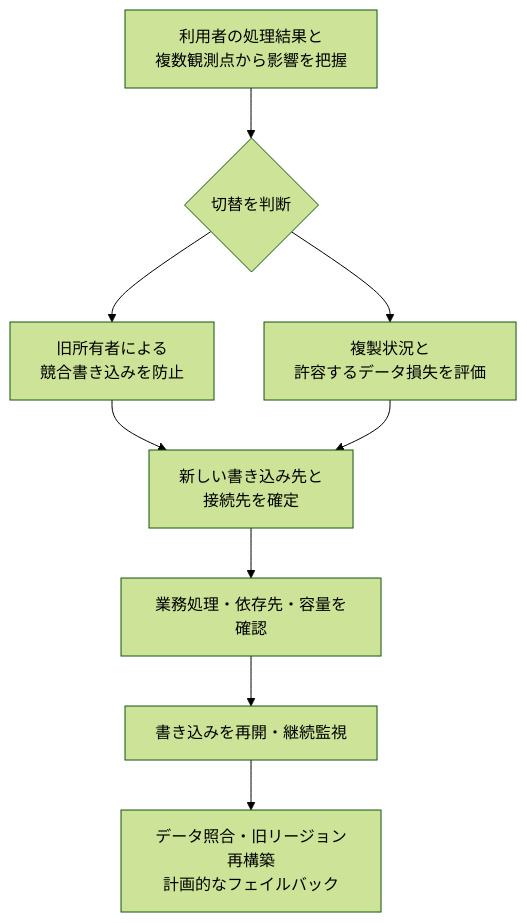
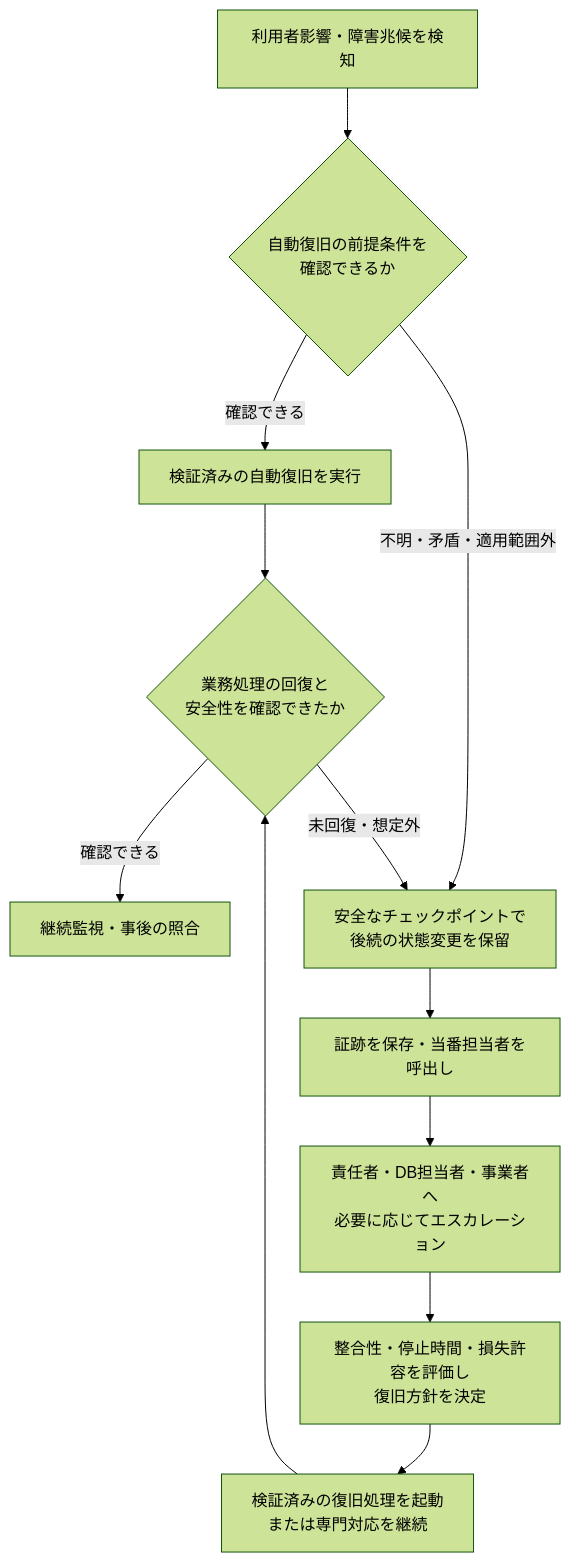
The sixth of 6 diagrams in README.md (zyake/aws-inter-region-failover-report), drawn with Mermaid (forest theme) before and after one commit. The commit also changed other lines of this file, not shown here.

````diff
--- a/README.md
+++ b/README.md
@@ -173,11 +217,14 @@
 ```mermaid
 flowchart TB
-    O[利用者の処理結果と<br/>複数観測点から影響を把握] --> D{切替を判断}
-    D --> F[旧所有者による<br/>競合書き込みを防止]
-    D --> P[複製状況と<br/>許容するデータ損失を評価]
-    F --> R[新しい書き込み先と<br/>接続先を確定]
-    P --> R
-    R --> V[業務処理・依存先・容量を確認]
-    V --> S[書き込みを再開・継続監視]
-    S --> T[データ照合・旧リージョン再構築<br/>計画的なフェイルバック]
+    A[利用者影響・障害兆候を検知] --> B{自動復旧の前提条件を<br/>確認できるか}
+    B -->|確認できる| C[検証済みの自動復旧を実行]
+    C --> D{業務処理の回復と<br/>安全性を確認できたか}
+    D -->|確認できる| E[継続監視・事後の照合]
+    B -->|不明・矛盾・適用範囲外| F[安全なチェックポイントで<br/>後続の状態変更を保留]
+    D -->|未回復・想定外| F
+    F --> G[証跡を保存・当番担当者を呼出し]
+    G --> H[責任者・DB担当者・事業者へ<br/>必要に応じてエスカレーション]
+    H --> I[整合性・停止時間・損失許容を評価し<br/>復旧方針を決定]
+    I --> J[検証済みの復旧処理を起動<br/>または専門対応を継続]
+    J --> D
 ```
````
